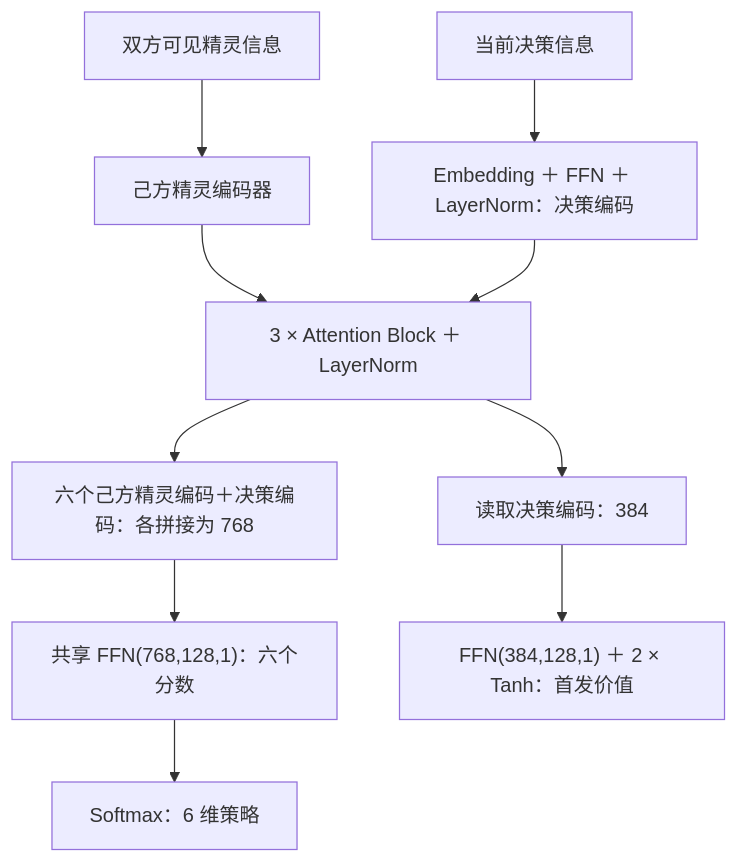
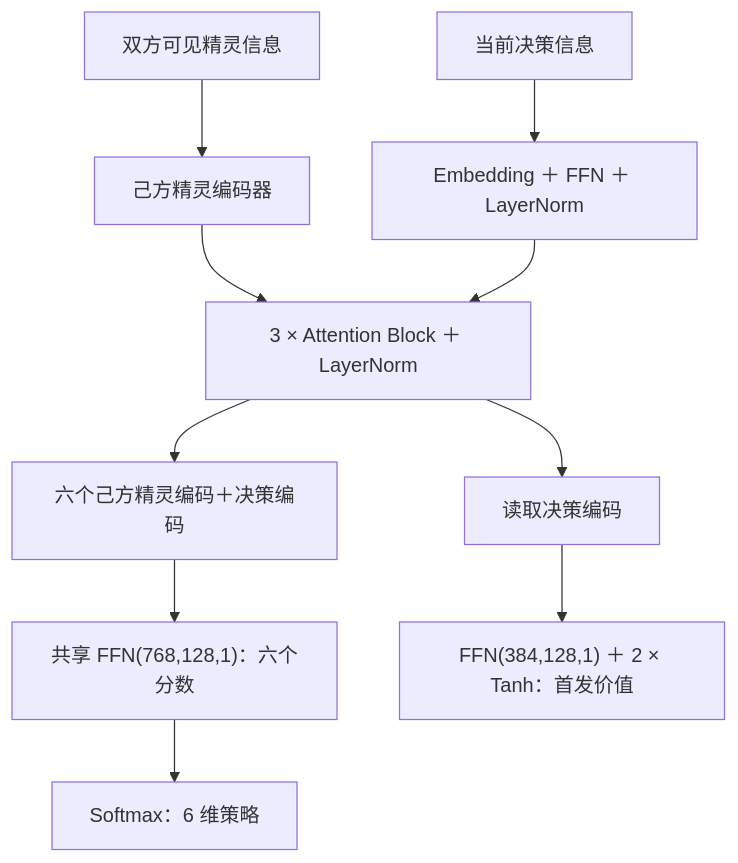
One commit to GroundbreakerLhy/Alpha-Roco changed the fifth of 6 diagrams in MODEL_DESIGN.md. Above: the diagram before and after it, drawn with Mermaid. The commit also changed other lines of this file and 9 other files, not shown here.

````diff
--- a/MODEL_DESIGN.md
+++ b/MODEL_DESIGN.md
@@ -131,12 +140,12 @@
 ```mermaid
 flowchart TB
     I["双方可见精灵信息"] --> E["己方精灵编码器"]
-    D["当前决策信息"] --> DE["Embedding ＋ FFN ＋ LayerNorm：决策编码"]
+    D["当前决策信息"] --> DE["Embedding ＋ FFN ＋ LayerNorm"]
     E --> A["3 × Attention Block ＋ LayerNorm"]
     DE --> A
-    A --> P["六个己方精灵编码＋决策编码：各拼接为 768"]
+    A --> P["六个己方精灵编码＋决策编码"]
     P --> S["共享 FFN(768,128,1)：六个分数"]
     S --> O["Softmax：6 维策略"]
-    A --> G["读取决策编码：384"]
+    A --> G["读取决策编码"]
     G --> V["FFN(384,128,1) ＋ 2 × Tanh：首发价值"]
 ```
````
